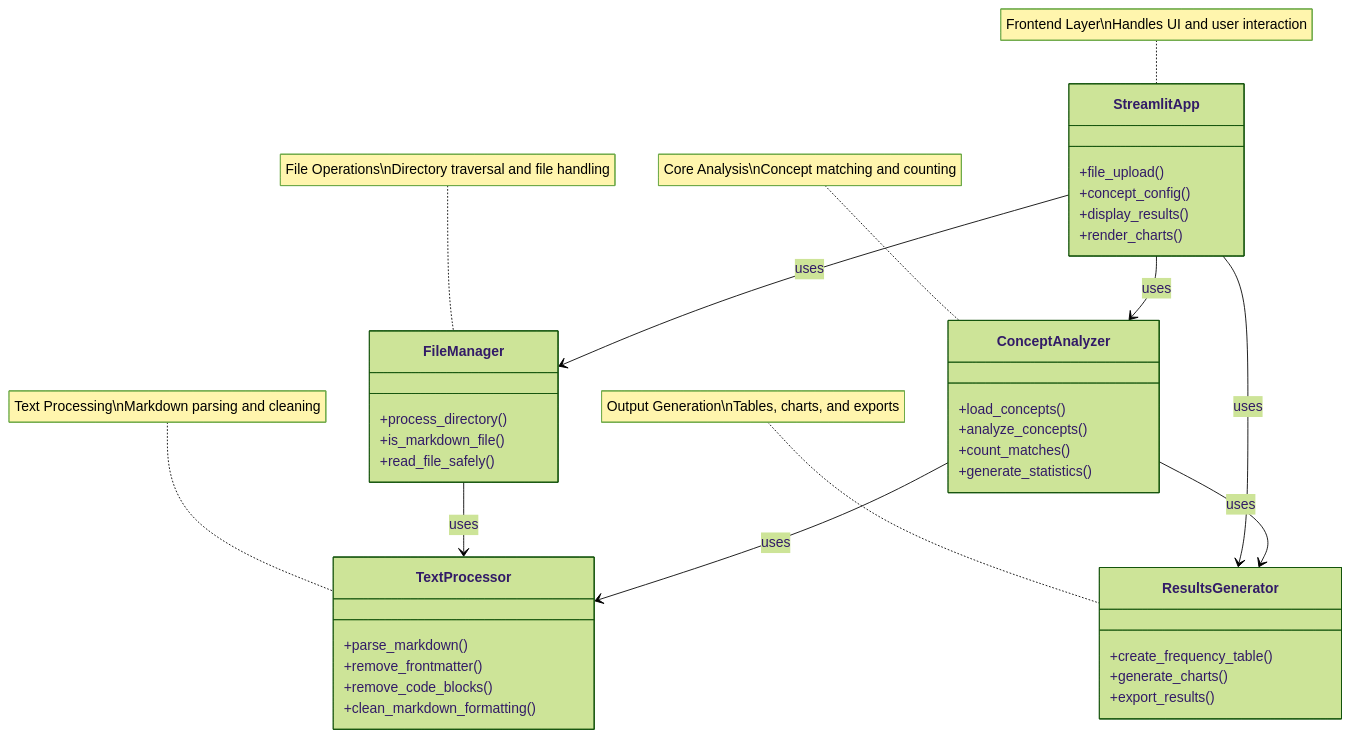
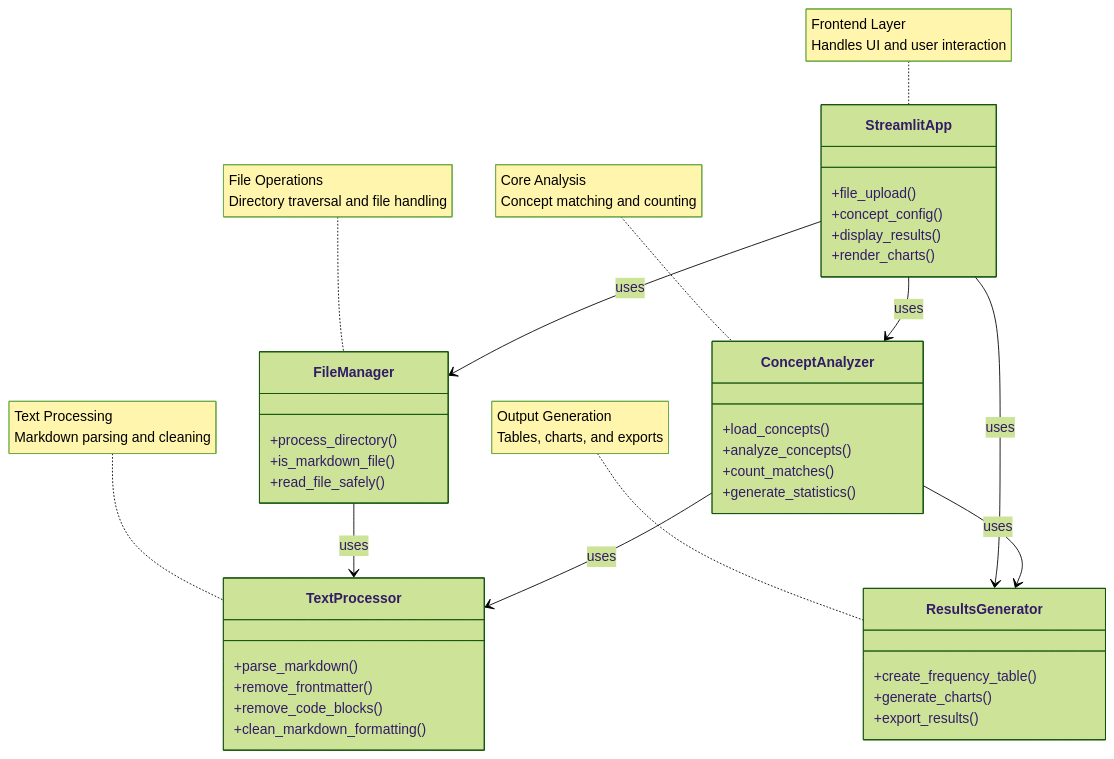
One commit to claresudbery/painstorming-tools changed the diagram in windsurf-safari-assistant/windsurf-safari-01/CascadeProjects/windsurf-project/architecture_spec.md. Above: the diagram before and after it, drawn with Mermaid (forest theme).

Commit message:
Fix bad newline chars

````diff
--- a/windsurf-safari-assistant/windsurf-safari-01/CascadeProjects/windsurf-project/architecture_spec.md
+++ b/windsurf-safari-assistant/windsurf-safari-01/CascadeProjects/windsurf-project/architecture_spec.md
@@ -5,48 +5,48 @@
 ```mermaid
 classDiagram
     class StreamlitApp {
         +file_upload()
         +concept_config()
         +display_results()
         +render_charts()
     }
     
     class FileManager {
         +process_directory()
         +is_markdown_file()
         +read_file_safely()
     }
     
     class TextProcessor {
         +parse_markdown()
         +remove_frontmatter()
         +remove_code_blocks()
         +clean_markdown_formatting()
     }
     
     class ConceptAnalyzer {
         +load_concepts()
         +analyze_concepts()
         +count_matches()
         +generate_statistics()
     }
     
     class ResultsGenerator {
         +create_frequency_table()
         +generate_charts()
         +export_results()
     }
     
     StreamlitApp --> FileManager : uses
     StreamlitApp --> ConceptAnalyzer : uses
     StreamlitApp --> ResultsGenerator : uses
     FileManager --> TextProcessor : uses
     ConceptAnalyzer --> TextProcessor : uses
     ConceptAnalyzer --> ResultsGenerator : uses
     
-    note for StreamlitApp "Frontend Layer\nHandles UI and user interaction"
-    note for FileManager "File Operations\nDirectory traversal and file handling"
-    note for TextProcessor "Text Processing\nMarkdown parsing and cleaning"
-    note for ConceptAnalyzer "Core Analysis\nConcept matching and counting"
-    note for ResultsGenerator "Output Generation\nTables, charts, and exports"
+    note for StreamlitApp "Frontend Layer<br/>Handles UI and user interaction"
+    note for FileManager "File Operations<br/>Directory traversal and file handling"
+    note for TextProcessor "Text Processing<br/>Markdown parsing and cleaning"
+    note for ConceptAnalyzer "Core Analysis<br/>Concept matching and counting"
+    note for ResultsGenerator "Output Generation<br/>Tables, charts, and exports"
 ```
````
